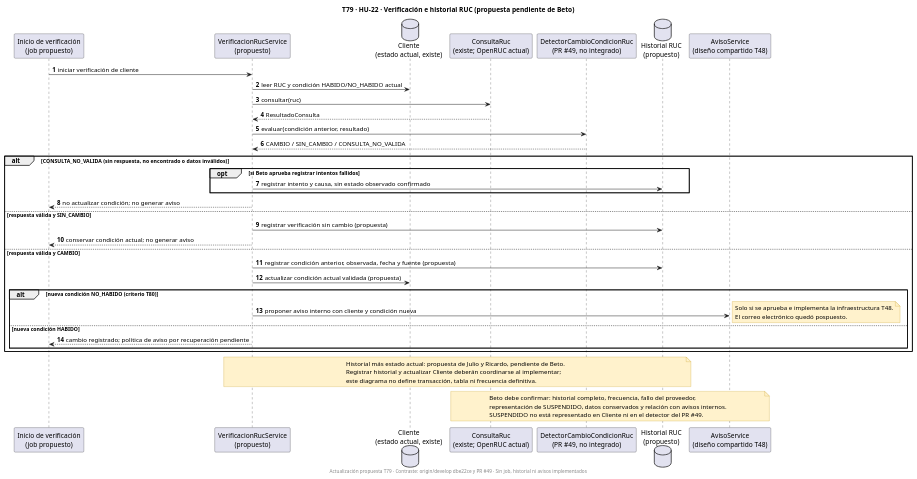
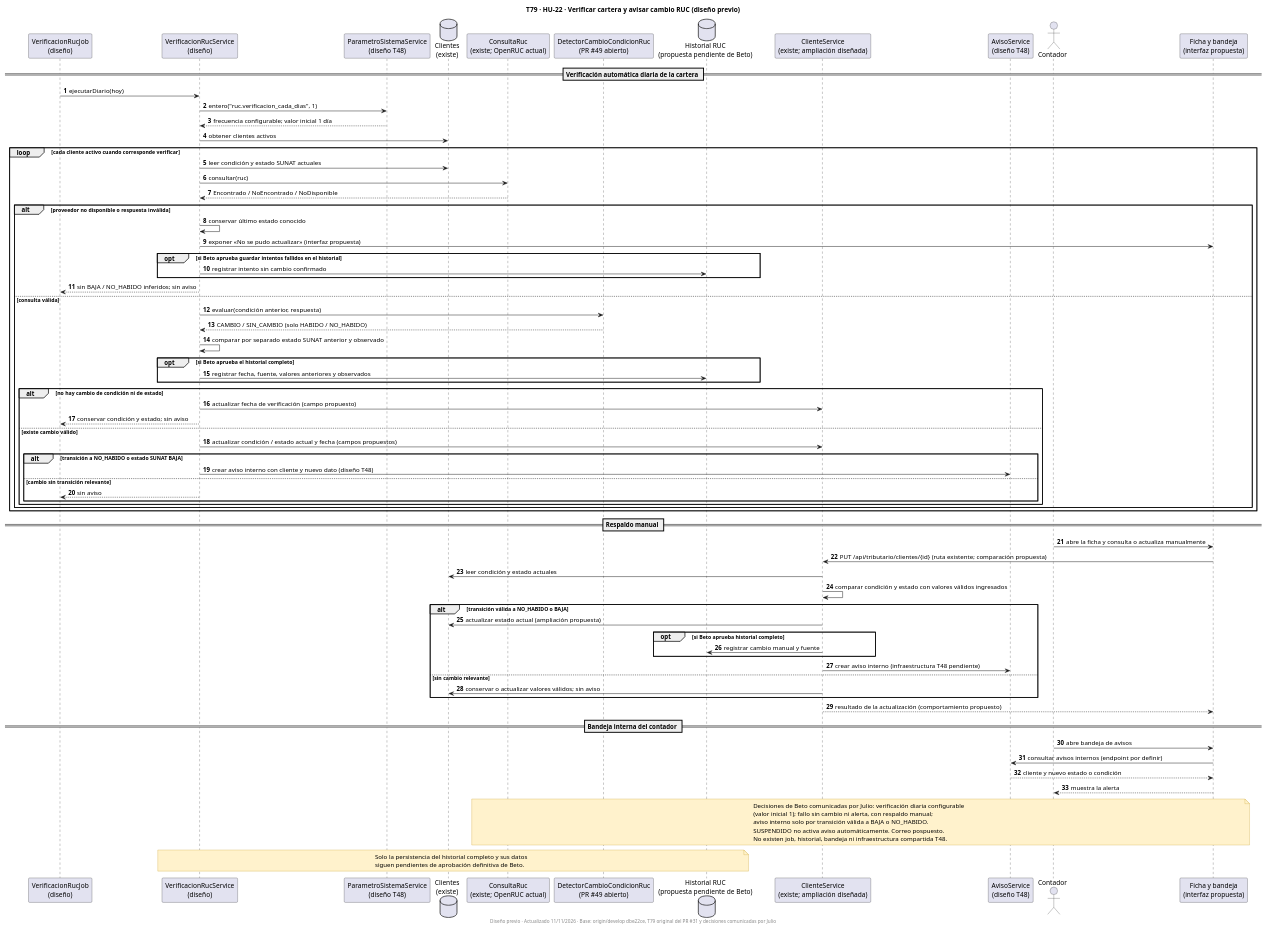
The diagram in docs/uml/T79-HU22-secuencia-verificar-condicion.puml (fabianrodriguez33/plus-contable), drawn with PlantUML before and after one commit. The commit also changed 5 other files, not shown here.

Commit message:
docs(HU-22): ajustar T79 a decisiones confirmadas de Beto

```diff
--- a/docs/uml/T79-HU22-secuencia-verificar-condicion.puml
+++ b/docs/uml/T79-HU22-secuencia-verificar-condicion.puml
@@ -1,56 +1,91 @@
 @startuml
-title T79 · HU-22 · Verificación e historial RUC (propuesta pendiente de Beto)
+title T79 · HU-22 · Verificar cartera y avisar cambio RUC (diseño previo)
 skinparam shadowing false
 skinparam noteBackgroundColor #FFF2CC
 skinparam noteBorderColor #BF9000
 autonumber
 
-participant "Inicio de verificación\n(job propuesto)" as J
-participant "VerificacionRucService\n(propuesto)" as VS
-database "Cliente\n(estado actual, existe)" as C
+participant "VerificacionRucJob\n(diseño)" as J
+participant "VerificacionRucService\n(diseño)" as VS
+participant "ParametroSistemaService\n(diseño T48)" as PS
+database "Clientes\n(existe)" as C
 participant "ConsultaRuc\n(existe; OpenRUC actual)" as CR
-participant "DetectorCambioCondicionRuc\n(PR #49, no integrado)" as DC
-database "Historial RUC\n(propuesto)" as H
-participant "AvisoService\n(diseño compartido T48)" as AS
+participant "DetectorCambioCondicionRuc\n(PR #49 abierto)" as DC
+database "Historial RUC\n(propuesta pendiente de Beto)" as H
+participant "ClienteService\n(existe; ampliación diseñada)" as CS
+participant "AvisoService\n(diseño T48)" as AS
+actor "Contador" as U
+participant "Ficha y bandeja\n(interfaz propuesta)" as FE
 
-J -> VS : iniciar verificación de cliente
-VS -> C : leer RUC y condición HABIDO/NO_HABIDO actual
-VS -> CR : consultar(ruc)
-CR --> VS : ResultadoConsulta
-VS -> DC : evaluar(condición anterior, resultado)
-DC --> VS : CAMBIO / SIN_CAMBIO / CONSULTA_NO_VALIDA
-
-alt CONSULTA_NO_VALIDA (sin respuesta, no encontrado o datos inválidos)
-  opt si Beto aprueba registrar intentos fallidos
-    VS -> H : registrar intento y causa, sin estado observado confirmado
-  end
-  VS --> J : no actualizar condición; no generar aviso
-else respuesta válida y SIN_CAMBIO
-  VS -> H : registrar verificación sin cambio (propuesta)
-  VS --> J : conservar condición actual; no generar aviso
-else respuesta válida y CAMBIO
-  VS -> H : registrar condición anterior, observada, fecha y fuente (propuesta)
-  VS -> C : actualizar condición actual validada (propuesta)
-  alt nueva condición NO_HABIDO (criterio T80)
-    VS -> AS : proponer aviso interno con cliente y condición nueva
-    note right
-      Solo si se aprueba e implementa la infraestructura T48.
-      El correo electrónico quedó pospuesto.
-    end note
-  else nueva condición HABIDO
-    VS --> J : cambio registrado; política de aviso por recuperación pendiente
+== Verificación automática diaria de la cartera ==
+J -> VS : ejecutarDiario(hoy)
+VS -> PS : entero("ruc.verificacion_cada_dias", 1)
+PS --> VS : frecuencia configurable; valor inicial 1 día
+VS -> C : obtener clientes activos
+loop cada cliente activo cuando corresponde verificar
+  VS -> C : leer condición y estado SUNAT actuales
+  VS -> CR : consultar(ruc)
+  CR --> VS : Encontrado / NoEncontrado / NoDisponible
+  alt proveedor no disponible o respuesta inválida
+    VS -> VS : conservar último estado conocido
+    VS -> FE : exponer «No se pudo actualizar» (interfaz propuesta)
+    opt si Beto aprueba guardar intentos fallidos en el historial
+      VS -> H : registrar intento sin cambio confirmado
+    end
+    VS --> J : sin BAJA / NO_HABIDO inferidos; sin aviso
+  else consulta válida
+    VS -> DC : evaluar(condición anterior, respuesta)
+    DC --> VS : CAMBIO / SIN_CAMBIO (solo HABIDO / NO_HABIDO)
+    VS -> VS : comparar por separado estado SUNAT anterior y observado
+    opt si Beto aprueba el historial completo
+      VS -> H : registrar fecha, fuente, valores anteriores y observados
+    end
+    alt no hay cambio de condición ni de estado
+      VS -> CS : actualizar fecha de verificación (campo propuesto)
+      VS --> J : conservar condición y estado; sin aviso
+    else existe cambio válido
+      VS -> CS : actualizar condición / estado actual y fecha (campos propuestos)
+      alt transición a NO_HABIDO o estado SUNAT BAJA
+        VS -> AS : crear aviso interno con cliente y nuevo dato (diseño T48)
+      else cambio sin transición relevante
+        VS --> J : sin aviso
+      end
+    end
   end
 end
 
+== Respaldo manual ==
+U -> FE : abre la ficha y consulta o actualiza manualmente
+FE -> CS : PUT /api/tributario/clientes/{id} (ruta existente; comparación propuesta)
+CS -> C : leer condición y estado actuales
+CS -> CS : comparar condición y estado con valores válidos ingresados
+alt transición válida a NO_HABIDO o BAJA
+  CS -> C : actualizar estado actual (ampliación propuesta)
+  opt si Beto aprueba historial completo
+    CS -> H : registrar cambio manual y fuente
+  end
+  CS -> AS : crear aviso interno (infraestructura T48 pendiente)
+else sin cambio relevante
+  CS -> C : conservar o actualizar valores válidos; sin aviso
+end
+CS --> FE : resultado de la actualización (comportamiento propuesto)
+
+== Bandeja interna del contador ==
+U -> FE : abre bandeja de avisos
+FE -> AS : consultar avisos internos (endpoint por definir)
+AS --> FE : cliente y nuevo estado o condición
+FE --> U : muestra la alerta
+
+note over CR,FE
+  Decisiones de Beto comunicadas por Julio: verificación diaria configurable
+  (valor inicial 1); fallo sin cambio ni alerta, con respaldo manual;
+  aviso interno solo por transición válida a BAJA o NO_HABIDO.
+  SUSPENDIDO no activa aviso automáticamente. Correo pospuesto.
+  No existen job, historial, bandeja ni infraestructura compartida T48.
+end note
 note over VS,H
-  Historial más estado actual: propuesta de Julio y Ricardo, pendiente de Beto.
-  Registrar historial y actualizar Cliente deberán coordinarse al implementar;
-  este diagrama no define transacción, tabla ni frecuencia definitiva.
+  Solo la persistencia del historial completo y sus datos
+  siguen pendientes de aprobación definitiva de Beto.
 end note
-note over CR,AS
-  Beto debe confirmar: historial completo, frecuencia, fallo del proveedor,
-  representación de SUSPENDIDO, datos conservados y relación con avisos internos.
-  SUSPENDIDO no está representado en Cliente ni en el detector del PR #49.
-end note
-footer Actualización propuesta T79 · Contraste: origin/develop dbe22ce y PR #49 · Sin job, historial ni avisos implementados
+footer Diseño previo · Actualizado 11/11/2026 · Base: origin/develop dbe22ce, T79 original del PR #31 y decisiones comunicadas por Julio
 @enduml
```
